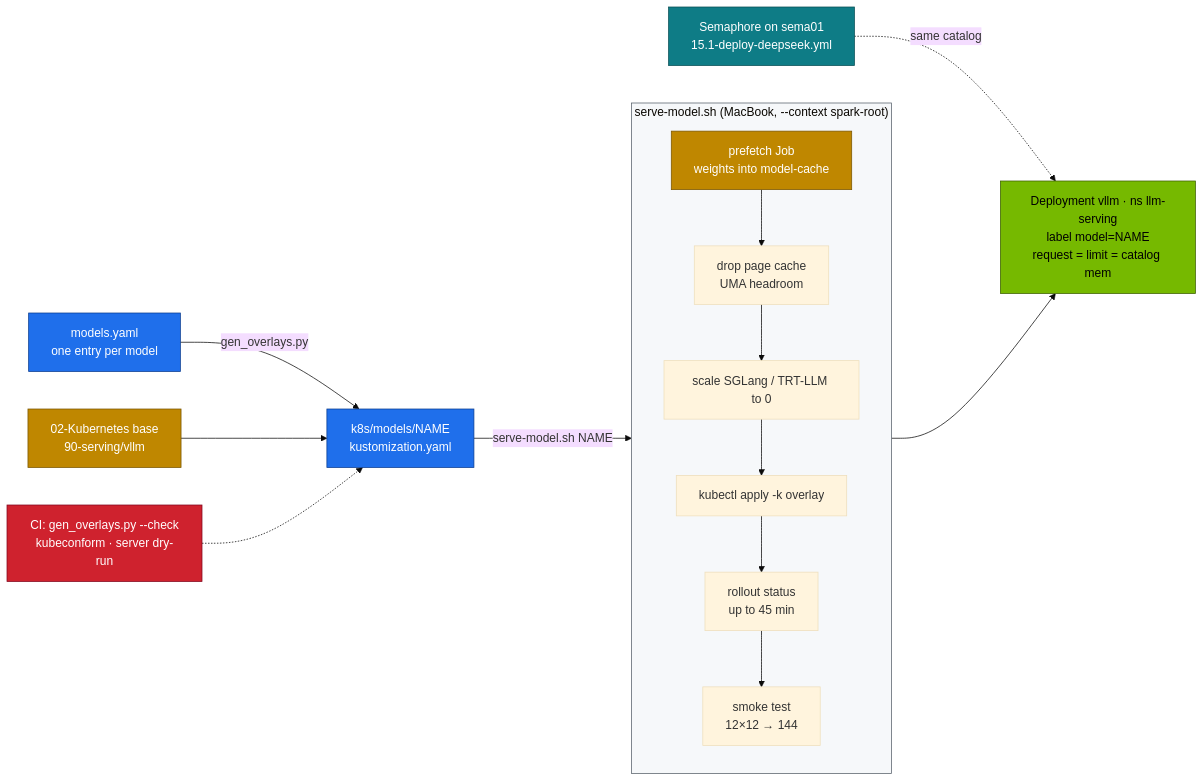
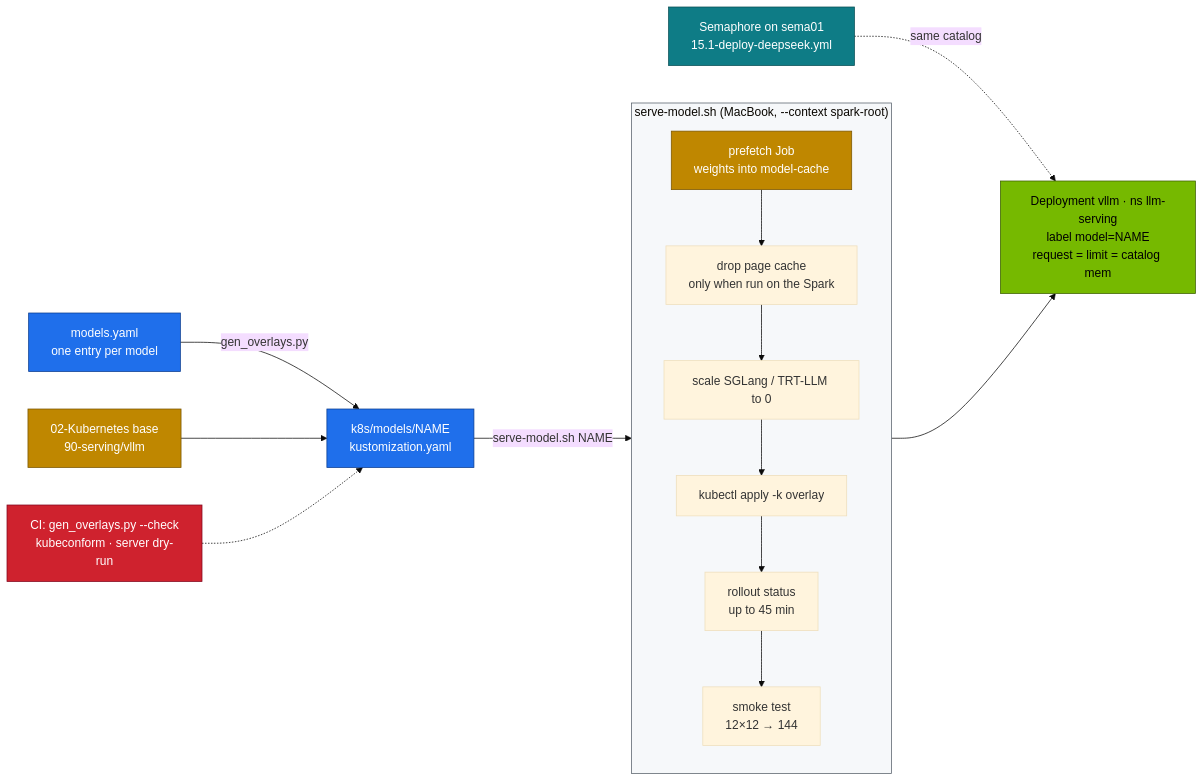
Before and after one commit to cloudone365/technical-depth: the first of 3 diagrams in 03-DeepSeek/06-vllm-serving.md, drawn with Mermaid (base theme). The commit also changed other lines of this file and 91 other files, not shown here.

First line of the commit message:
Docs audit 01-04: fix mistakes found against the lab files; step-by-step flows

````diff
--- a/03-DeepSeek/06-vllm-serving.md
+++ b/03-DeepSeek/06-vllm-serving.md
@@ -30,24 +30,24 @@
 ```mermaid
 flowchart LR
   CAT["models.yaml<br/>one entry per model"] -->|"gen_overlays.py"| OV["k8s/models/NAME<br/>kustomization.yaml"]
   BASE["02-Kubernetes base<br/>90-serving/vllm"] --> OV
   OV -->|"serve-model.sh NAME"| FLOW
   subgraph FLOW["serve-model.sh (MacBook, --context spark-root)"]
     direction TB
-    P1["prefetch Job<br/>weights into model-cache"] --> P2["drop page cache<br/>UMA headroom"] --> P3["scale SGLang / TRT-LLM to 0"] --> P4["kubectl apply -k overlay"] --> P5["rollout status<br/>up to 45 min"] --> P6["smoke test<br/>12×12 → 144"]
+    P1["prefetch Job<br/>weights into model-cache"] --> P2["drop page cache<br/>only when run on the Spark"] --> P3["scale SGLang / TRT-LLM to 0"] --> P4["kubectl apply -k overlay"] --> P5["rollout status<br/>up to 45 min"] --> P6["smoke test<br/>12×12 → 144"]
   end
   FLOW --> V["Deployment vllm · ns llm-serving<br/>label model=NAME<br/>request = limit = catalog mem"]
   CI["CI: gen_overlays.py --check<br/>kubeconform · server dry-run"] -.-> OV
   SEM["Semaphore on sema01<br/>15.1-deploy-deepseek.yml"] -.->|"same catalog"| V
   classDef ctrl fill:#1f6feb,stroke:#0b3d91,color:#fff
   classDef gpu fill:#76b900,stroke:#3d6000,color:#000
   classDef store fill:#bf8700,stroke:#7a5600,color:#fff
   classDef sec fill:#cf222e,stroke:#82071e,color:#fff
   classDef host fill:#0e7c86,stroke:#064e54,color:#fff
   class CAT,OV ctrl
   class V gpu
   class BASE,P1 store
   class CI sec
   class SEM host
   style FLOW fill:#f6f8fa,stroke:#57606a
 ```
````
